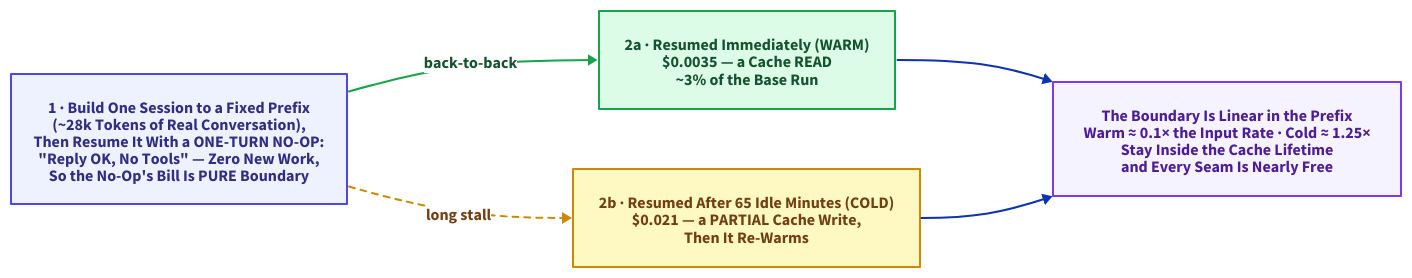
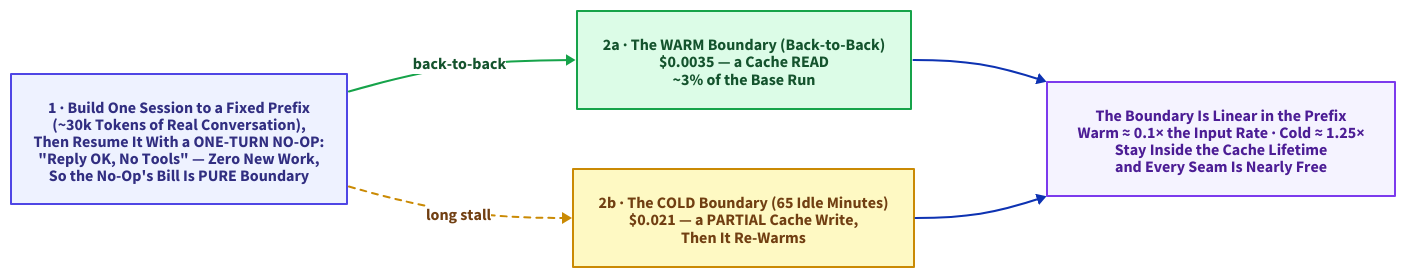
The diagram in assets/diagram-src/boundary-method.d2 (thumarrushik/crash-proof-team-of-coding-agents), drawn with D2 before and after one commit. The commit also changed 11 other files, not shown here.

Commit message:
Review sweep: three diagram overlaps fixed, boundary-method figures attributed honestly, economics footnote wording corrected, two duplicated passages reworded

```diff
--- a/assets/diagram-src/boundary-method.d2
+++ b/assets/diagram-src/boundary-method.d2
@@ -1,25 +1,25 @@
 # How to price a boundary honestly: hold the work at zero with a one-turn
 # no-op resume, so whatever the no-op costs IS the boundary.
 direction: right
 horizontal-gap: 130
 
-build: "1 · Build One Session to a Fixed Prefix\n(~28k Tokens of Real Conversation),\nThen Resume It With a ONE-TURN NO-OP:\n\"Reply OK, No Tools\" — Zero New Work,\nSo the No-Op's Bill Is PURE Boundary" {
+build: "1 · Build One Session to a Fixed Prefix\n(~30k Tokens of Real Conversation),\nThen Resume It With a ONE-TURN NO-OP:\n\"Reply OK, No Tools\" — Zero New Work,\nSo the No-Op's Bill Is PURE Boundary" {
   style: {fill: "#eef2ff"; stroke: "#4f46e5"; font-color: "#312e81"; bold: true}
 }
 
-warm: "2a · Resumed Immediately (WARM)\n\$0.0035 — a Cache READ\n~3% of the Base Run" {
+warm: "2a · The WARM Boundary (Back-to-Back)\n\$0.0035 — a Cache READ\n~3% of the Base Run" {
   style: {fill: "#dcfce7"; stroke: "#16a34a"; font-color: "#14532d"; bold: true}
 }
 
-cold: "2b · Resumed After 65 Idle Minutes (COLD)\n\$0.021 — a PARTIAL Cache Write,\nThen It Re-Warms" {
+cold: "2b · The COLD Boundary (65 Idle Minutes)\n\$0.021 — a PARTIAL Cache Write,\nThen It Re-Warms" {
   style: {fill: "#fef9c3"; stroke: "#ca8a04"; font-color: "#713f12"; bold: true}
 }
 
 law: "The Boundary Is Linear in the Prefix\nWarm ≈ 0.1× the Input Rate · Cold ≈ 1.25×\nStay Inside the Cache Lifetime\nand Every Seam Is Nearly Free" {
   style: {fill: "#f5f3ff"; stroke: "#7c3aed"; font-color: "#4c1d95"; bold: true}
 }
 
 build -> warm: "back-to-back" {style: {stroke: "#16a34a"; font-color: "#14532d"; bold: true}}
 build -> cold: "long stall" {style: {stroke-dash: 3; stroke: "#ca8a04"; font-color: "#713f12"; bold: true}}
 warm -> law
 cold -> law
```
